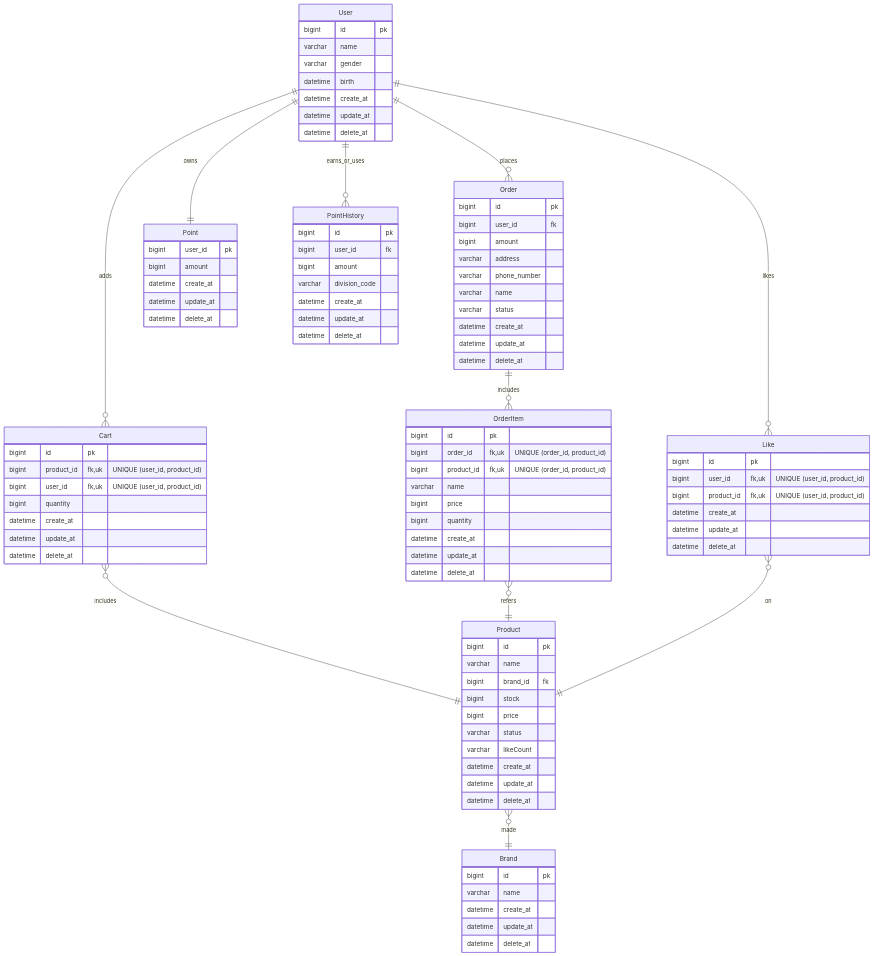
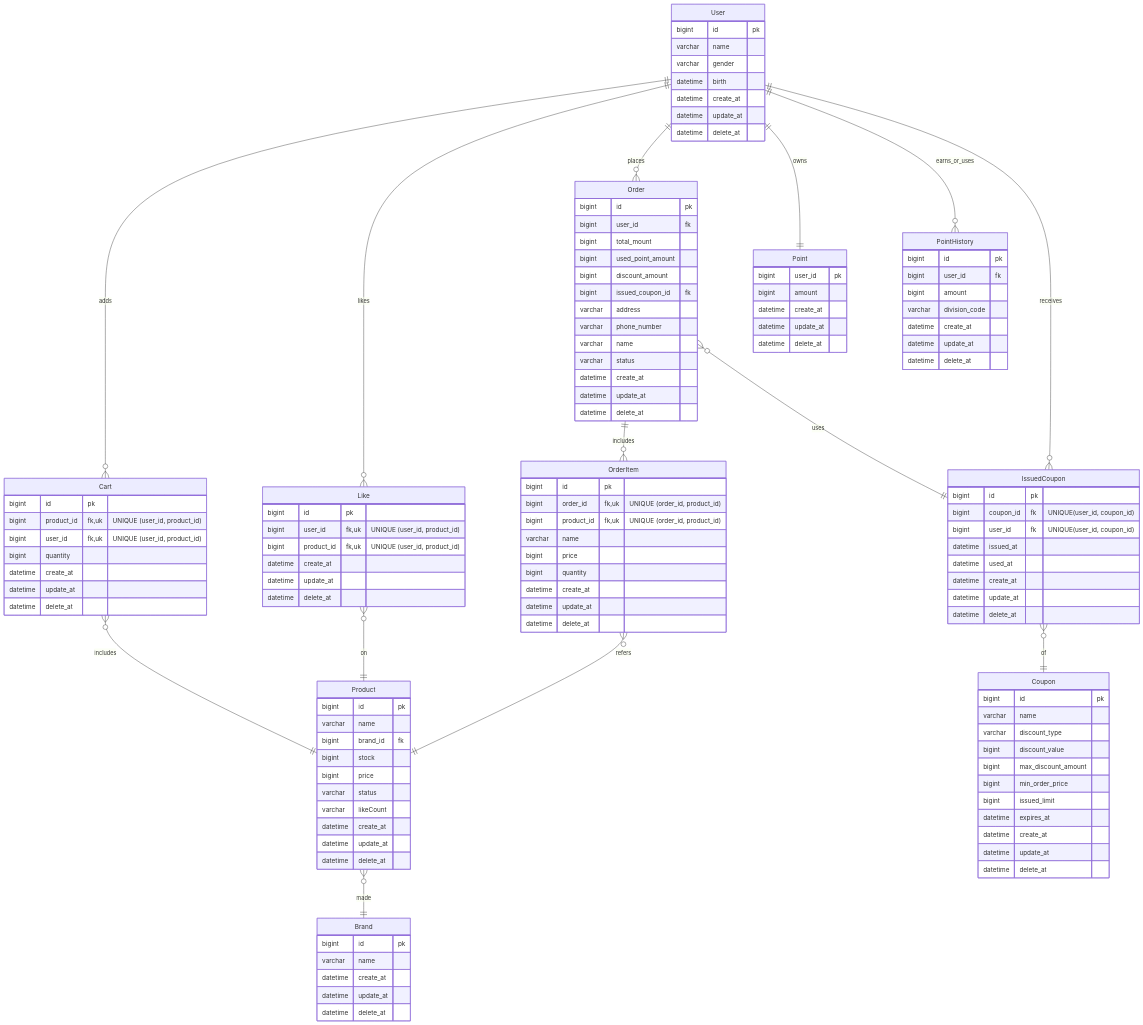
One commit to simbokyung98/loopers-ecommerce-system changed the diagram in docs/design/04-erd.md. Above: the diagram before and after it, drawn with Mermaid. The commit also changed other lines of this file and 9 other files, not shown here.

````diff
--- a/docs/design/04-erd.md
+++ b/docs/design/04-erd.md
@@ -3,104 +3,142 @@
 ```mermaid 
   erDiagram
-    Brand{
-    bigint id pk
-    varchar name
-    datetime create_at
-    datetime update_at
-    datetime delete_at
-    }
-    Product{
-    bigint id pk
-    varchar name
-    bigint brand_id fk
-    bigint stock
-    bigint price
-    varchar status
-    varchar likeCount
-    datetime create_at
-    datetime update_at
-    datetime delete_at
-    }
-    Cart{
-    bigint id pk
-    bigint product_id fk, uk "UNIQUE (user_id, product_id)"
-    bigint user_id fk, uk "UNIQUE (user_id, product_id)"
-    bigint quantity
-    datetime create_at
-    datetime update_at
-    datetime delete_at
+    Brand {
+        bigint id pk
+        varchar name
+        datetime create_at
+        datetime update_at
+        datetime delete_at
     }
     
-    Order{
-    bigint id pk
-    bigint user_id fk
-    bigint amount
-    varchar address
-    varchar phone_number
-    varchar name
-    varchar status
-    datetime create_at
-    datetime update_at
-    datetime delete_at
-    }
-    OrderItem{
-    bigint id pk
-    bigint order_id fk, uk "UNIQUE (order_id, product_id)"
-    bigint product_id fk, uk "UNIQUE (order_id, product_id)"
-    varchar name
-    bigint price
-    bigint quantity
-    datetime create_at
-    datetime update_at
-    datetime delete_at
-    }
-    User{
-    bigint id pk
-    varchar name
-    varchar gender
-    datetime birth
-    datetime create_at
-    datetime update_at
-    datetime delete_at
-    }
-    Point{
-    bigint user_id pk
-    bigint amount
-    datetime create_at
-    datetime update_at
-    datetime delete_at
-    }
-    PointHistory{
-    bigint id pk
-    bigint user_id fk
-    bigint amount
-    varchar division_code
-    datetime create_at
-    datetime update_at
-    datetime delete_at
+    Product {
+        bigint id pk
+        varchar name
+        bigint brand_id fk
+        bigint stock
+        bigint price
+        varchar status
+        varchar likeCount
+        datetime create_at
+        datetime update_at
+        datetime delete_at
     }
     
-    Like{
-    bigint id pk
-    bigint user_id fk, uk "UNIQUE (user_id, product_id)"
-    bigint product_id fk, uk "UNIQUE (user_id, product_id)"
-    datetime create_at
-    datetime update_at
-    datetime delete_at
+    Cart {
+        bigint id pk
+        bigint product_id fk, uk "UNIQUE (user_id, product_id)"
+        bigint user_id fk, uk "UNIQUE (user_id, product_id)"
+        bigint quantity
+        datetime create_at
+        datetime update_at
+        datetime delete_at
     }
     
-    User       ||--o{ Cart          : adds
-    User       ||--o{ Like          : likes
-    User       ||--o{ Order         : places
-    User       ||--|| Point         : owns
-    User       ||--o{ PointHistory  : earns_or_uses
+    Order {
+        bigint id pk
+        bigint user_id fk
+        bigint total_mount
+        bigint used_point_amount
+        bigint discount_amount
+        bigint issued_coupon_id fk
+        varchar address
+        varchar phone_number
+        varchar name
+        varchar status
+        datetime create_at
+        datetime update_at
+        datetime delete_at
+    }
     
-    Cart       }o--|| Product       : includes
-    Product    }o--|| Brand         : made
+    OrderItem {
+        bigint id pk
+        bigint order_id fk, uk "UNIQUE (order_id, product_id)"
+        bigint product_id fk, uk "UNIQUE (order_id, product_id)"
+        varchar name
+        bigint price
+        bigint quantity
+        datetime create_at
+        datetime update_at
+        datetime delete_at
+        }
     
-    Order      ||--o{ OrderItem     : includes
-    OrderItem  }o--|| Product       : refers
+    User {
+        bigint id pk
+        varchar name
+        varchar gender
+        datetime birth
+        datetime create_at
+        datetime update_at
+        datetime delete_at
+    }
     
-    Like       }o--|| Product       : on
+    Point {
+        bigint user_id pk
+        bigint amount
+        datetime create_at
+        datetime update_at
+        datetime delete_at
+    }
     
+    PointHistory {
+        bigint id pk
+        bigint user_id fk
+        bigint amount
+        varchar division_code
+        datetime create_at
+        datetime update_at
+        datetime delete_at
+    }
+    
+    Like {
+        bigint id pk
+        bigint user_id fk, uk "UNIQUE (user_id, product_id)"
+        bigint product_id fk, uk "UNIQUE (user_id, product_id)"
+        datetime create_at
+        datetime update_at
+        datetime delete_at
+    }
+    
+    Coupon {
+        bigint id pk
+        varchar name
+        varchar discount_type
+        bigint discount_value
+        bigint max_discount_amount 
+        bigint min_order_price
+        bigint issued_limit
+        datetime expires_at
+        datetime create_at
+        datetime update_at
+        datetime delete_at
+        }
+    
+    IssuedCoupon {
+        bigint id pk
+        bigint coupon_id fk "UNIQUE(user_id, coupon_id)"
+        bigint user_id fk "UNIQUE(user_id, coupon_id)"
+        datetime issued_at
+        datetime used_at 
+        datetime create_at
+        datetime update_at
+        datetime delete_at
+        
+    }
+    
+    User         ||--o{ Cart          : adds
+    User         ||--o{ Like          : likes
+    User         ||--o{ Order         : places
+    User         ||--|| Point         : owns
+    User         ||--o{ PointHistory  : earns_or_uses
+    User         ||--o{ IssuedCoupon  : receives
+    
+    Cart         }o--|| Product       : includes
+    Product      }o--|| Brand         : made
+    
+    Order        ||--o{ OrderItem     : includes
+    OrderItem    }o--|| Product       : refers
+    
+    Order        }o--|| IssuedCoupon  : uses
+    IssuedCoupon }o--|| Coupon        : of
+    
+    Like         }o--|| Product       : on  
 ```
````
